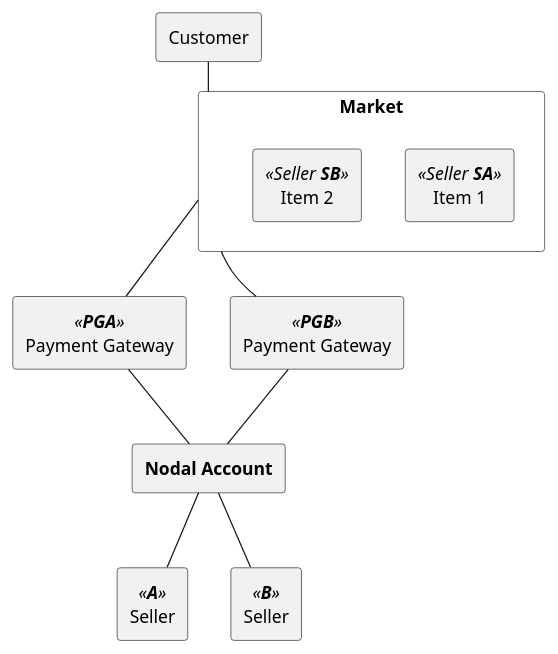
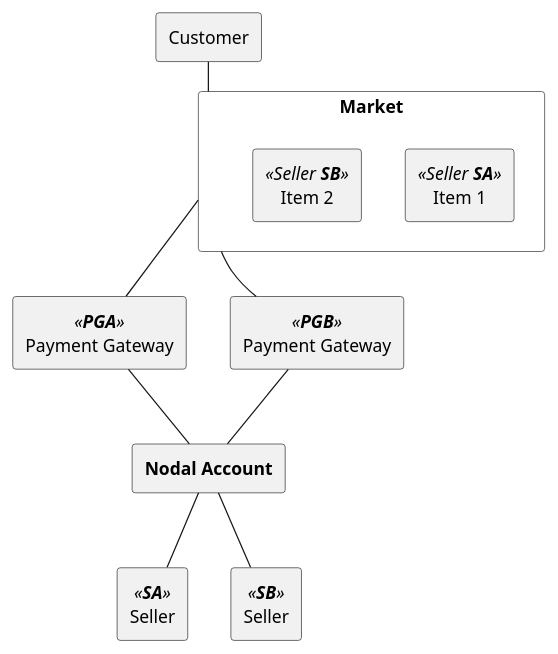
One commit to opsway/nodal changed the diagram in docs/nodal.puml. Above: the diagram before and after it, drawn with PlantUML. The commit also changed 1 other file, not shown here.

```diff
--- a/docs/nodal.puml
+++ b/docs/nodal.puml
@@ -1,27 +1,27 @@
 @startuml
 
 skinparam shadowing false
 skinparam rectangleRoundCorner 5
 skinparam rectangleBorderThickness 0.5
 
 rectangle "Customer"
 
 rectangle "Market" {
 	rectangle "Item 1" <<Seller **SA**>>
 	rectangle "Item 2" <<Seller **SB**>>
 }
 
-rectangle "Seller" <<**A**>> as SA
-rectangle "Seller" <<**B**>> as SB
+rectangle "Seller" <<**SA**>> as SA
+rectangle "Seller" <<**SB**>> as SB
 rectangle "Payment Gateway" <<**PGA**>> as PGA
 rectangle "Payment Gateway" <<**PGB**>> as PGB
 rectangle "**Nodal Account**" as Nodal
 
 Customer -- Market
 Market -- PGA
 Market -- PGB
 PGA -- Nodal
 PGB -- Nodal
 Nodal -- SA
 Nodal -- SB
 @enduml
```
